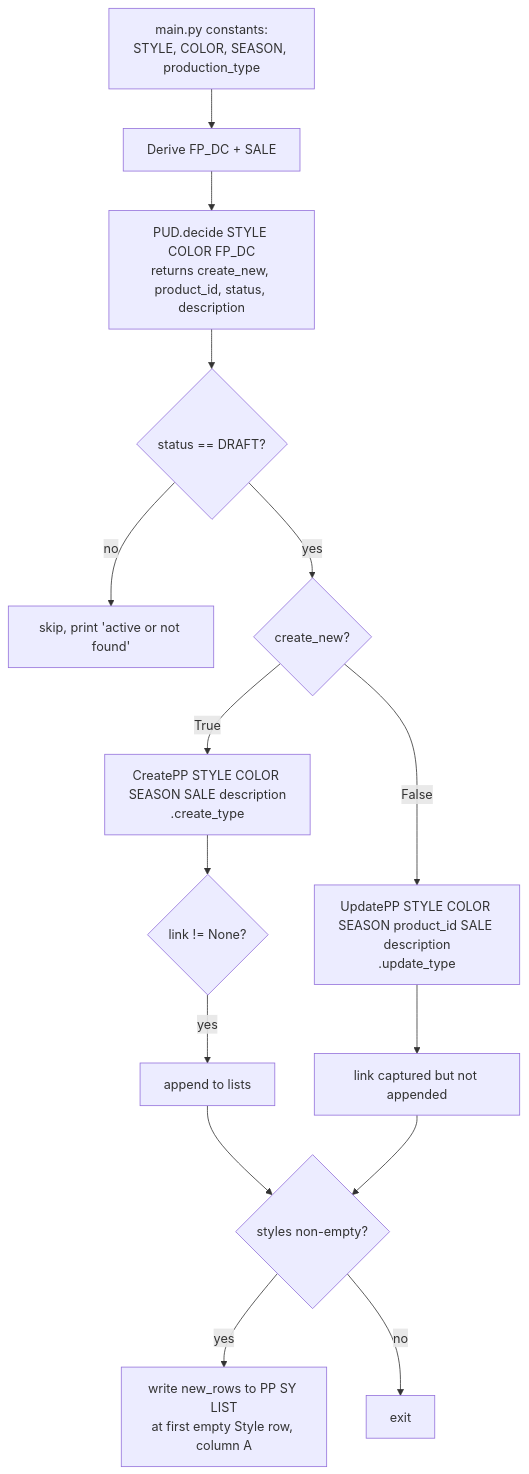
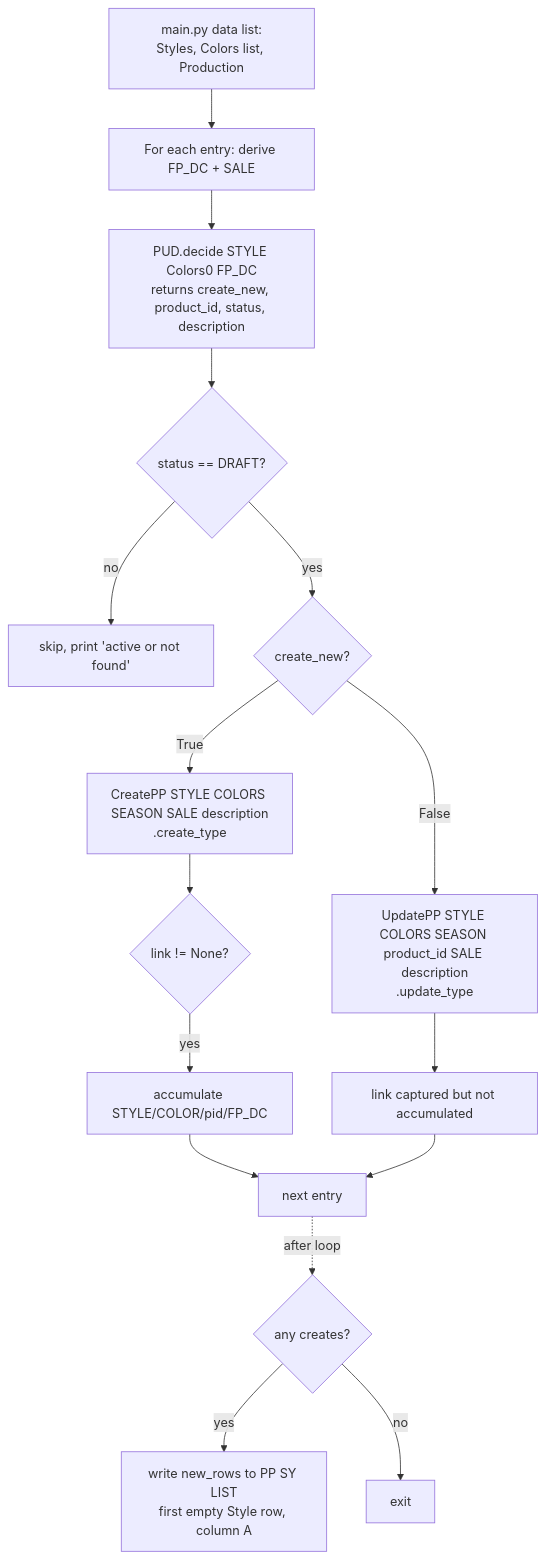
One commit to Wooden-Ships-Knits/product-page-automation changed the first of 2 diagrams in PPA_FLOW.md. Above: the diagram before and after it, drawn with Mermaid. The commit also changed other lines of this file and 5 other files, not shown here.

````diff
--- a/PPA_FLOW.md
+++ b/PPA_FLOW.md
@@ -15,17 +17,18 @@
 ```mermaid
 flowchart TD
-    A[main.py constants:<br/>STYLE, COLOR, SEASON, production_type] --> B[Derive FP_DC + SALE]
-    B --> C[PUD.decide STYLE COLOR FP_DC<br/>returns create_new, product_id, status, description]
+    A[main.py data list:<br/>Styles, Colors list, Production] --> B[For each entry: derive FP_DC + SALE]
+    B --> C[PUD.decide STYLE Colors0 FP_DC<br/>returns create_new, product_id, status, description]
     C --> D{status == DRAFT?}
     D -- no --> E[skip, print 'active or not found']
     D -- yes --> F{create_new?}
-    F -- True --> G[CreatePP STYLE COLOR SEASON SALE description<br/>.create_type]
-    F -- False --> H[UpdatePP STYLE COLOR SEASON product_id SALE description<br/>.update_type]
+    F -- True --> G[CreatePP STYLE COLORS SEASON SALE description<br/>.create_type]
+    F -- False --> H[UpdatePP STYLE COLORS SEASON product_id SALE description<br/>.update_type]
     G --> I{link != None?}
-    I -- yes --> J[append to lists]
-    H --> K[link captured but not appended]
-    J --> L{styles non-empty?}
-    K --> L
-    L -- yes --> M[write new_rows to PP SY LIST<br/>at first empty Style row, column A]
-    L -- no --> N[exit]
+    I -- yes --> J[accumulate STYLE/COLOR/pid/FP_DC]
+    H --> K[link captured but not accumulated]
+    J --> L
+    K --> L[next entry]
+    L -.after loop.-> M{any creates?}
+    M -- yes --> N[write new_rows to PP SY LIST<br/>first empty Style row, column A]
+    M -- no --> O[exit]
 ```
````
